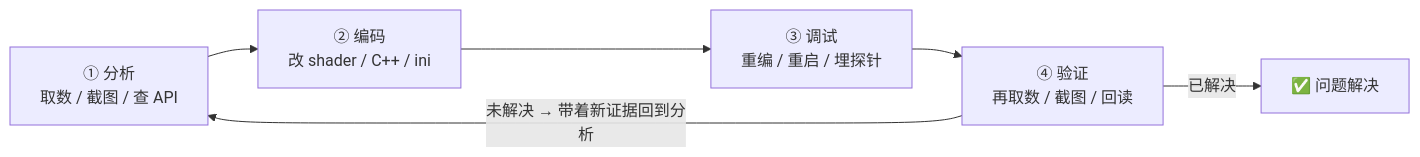
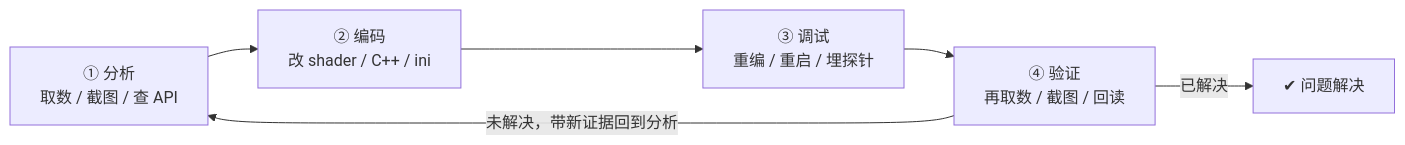
Before and after one commit to 1401213887/AiDoc: the first of 3 diagrams in ZXBUnrealDebug_使用文档.md, drawn with Mermaid. The commit also changed other lines of this file, not shown here.

````diff
--- a/ZXBUnrealDebug_使用文档.md
+++ b/ZXBUnrealDebug_使用文档.md
@@ -35,11 +35,11 @@
 ```mermaid
 flowchart LR
     A["① 分析<br/>取数 / 截图 / 查 API"]
     C["② 编码<br/>改 shader / C++ / ini"]
     D["③ 调试<br/>重编 / 重启 / 埋探针"]
     V["④ 验证<br/>再取数 / 截图 / 回读"]
-    E["✅ 问题解决"]
+    E["✔ 问题解决"]
     A --> C --> D --> V
-    V -->|"未解决 → 带着新证据回到分析"| A
-    V -->|"已解决"| E
+    V -- 未解决，带新证据回到分析 --> A
+    V -- 已解决 --> E
 ```
````
